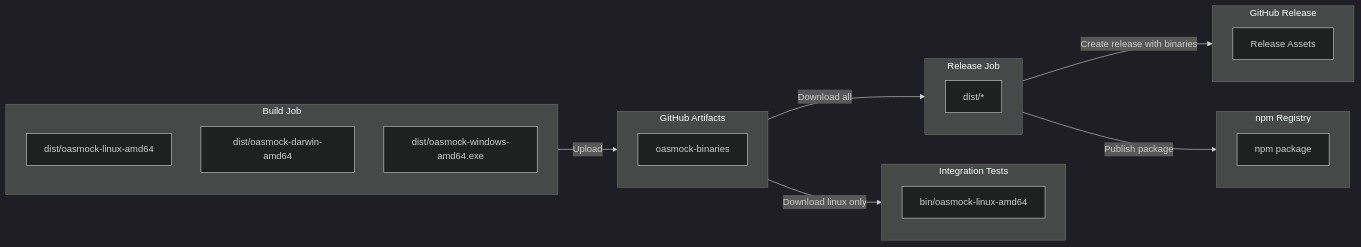
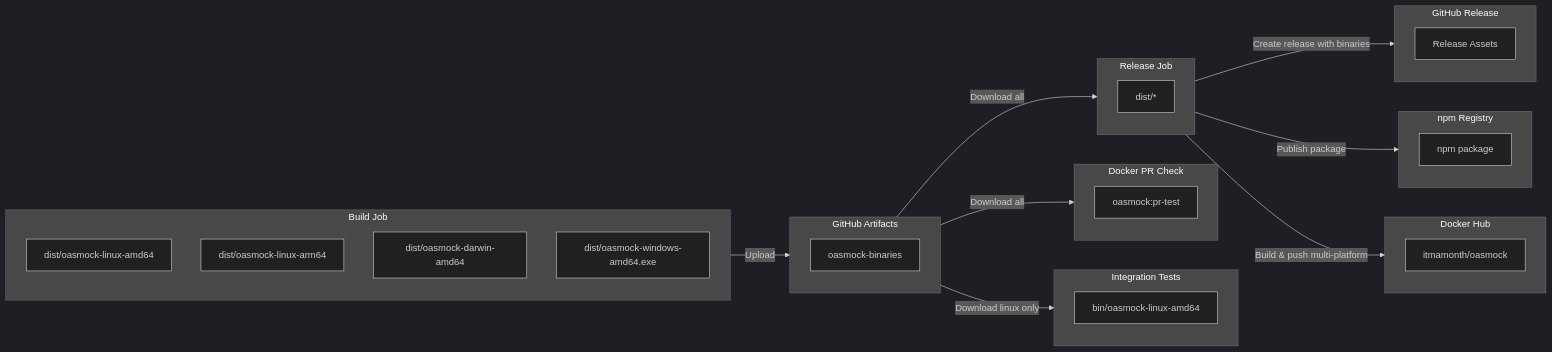
The second of 2 diagrams in docs/ci-cd.md (mamonth/oasmock), drawn with Mermaid (dark theme) before and after one commit. The commit also changed other lines of this file and 6 other files, not shown here.

Commit message:
Add docker image build on release

````diff
--- a/docs/ci-cd.md
+++ b/docs/ci-cd.md
@@ -154,34 +190,45 @@
 ```mermaid
 flowchart LR
     subgraph BUILD["Build Job"]
         A[dist/oasmock-linux-amd64]
-        B[dist/oasmock-darwin-amd64]
-        C[dist/oasmock-windows-amd64.exe]
+        B[dist/oasmock-linux-arm64]
+        C[dist/oasmock-darwin-amd64]
+        D[dist/oasmock-windows-amd64.exe]
     end
 
     subgraph ARTIFACTS["GitHub Artifacts"]
-        D[oasmock-binaries]
+        E[oasmock-binaries]
     end
 
     subgraph INTEG["Integration Tests"]
-        E[bin/oasmock-linux-amd64]
+        F[bin/oasmock-linux-amd64]
+    end
+
+    subgraph DOCKERPR["Docker PR Check"]
+        G[oasmock:pr-test]
     end
 
     subgraph RELEASE["Release Job"]
-        F[dist/*]
+        H[dist/*]
     end
 
     subgraph GH["GitHub Release"]
-        G[Release Assets]
+        I[Release Assets]
     end
 
     subgraph NPM["npm Registry"]
-        H[npm package]
+        J[npm package]
+    end
+
+    subgraph DH["Docker Hub"]
+        K[itmamonth/oasmock]
     end
 
     BUILD -->|Upload| ARTIFACTS
     ARTIFACTS -->|Download linux only| INTEG
+    ARTIFACTS -->|Download all| DOCKERPR
     ARTIFACTS -->|Download all| RELEASE
     RELEASE -->|Create release with binaries| GH
     RELEASE -->|Publish package| NPM
+    RELEASE -->|Build & push multi-platform| DH
 ```
````
